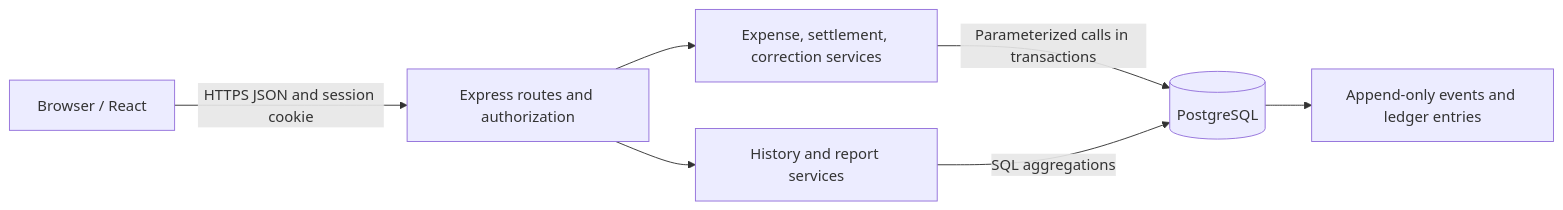
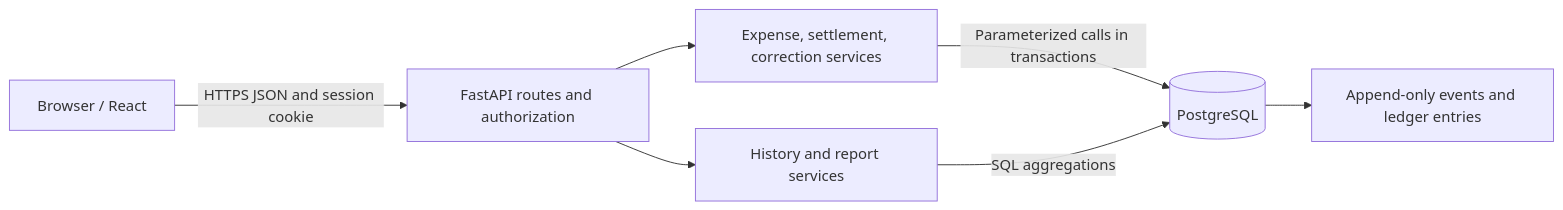
Before and after one commit to kanishkaarunkumar/splix: the first of 2 diagrams in ARCHITECTURE.md, drawn with Mermaid. The commit also changed other lines of this file and 13 other files, not shown here.

Commit message:
Convert API workflows to FastAPI

````diff
--- a/ARCHITECTURE.md
+++ b/ARCHITECTURE.md
@@ -7,9 +7,9 @@
 ```mermaid
 flowchart LR
-    U[Browser / React] -->|HTTPS JSON and session cookie| A[Express routes and authorization]
+    U[Browser / React] -->|HTTPS JSON and session cookie| A[FastAPI routes and authorization]
     A --> S[Expense, settlement, correction services]
     A --> R[History and report services]
     S -->|Parameterized calls in transactions| D[(PostgreSQL)]
     R -->|SQL aggregations| D
     D --> L[Append-only events and ledger entries]
 ```
````
